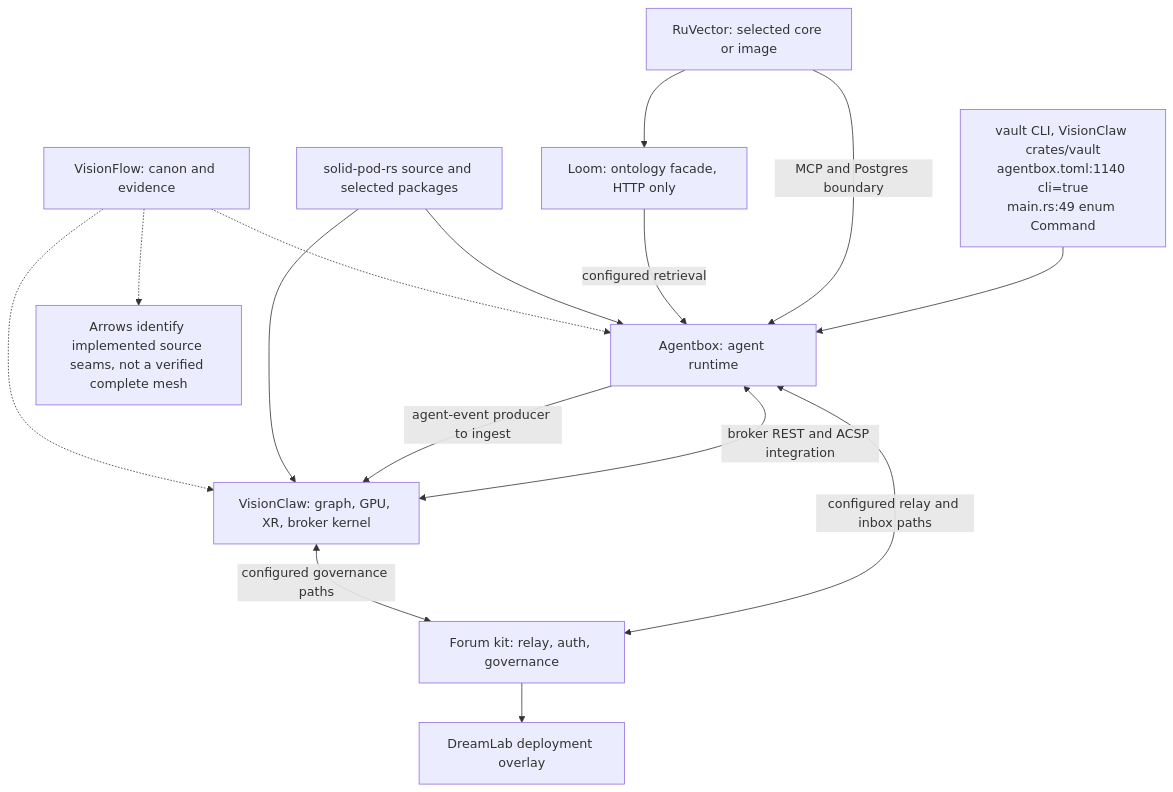
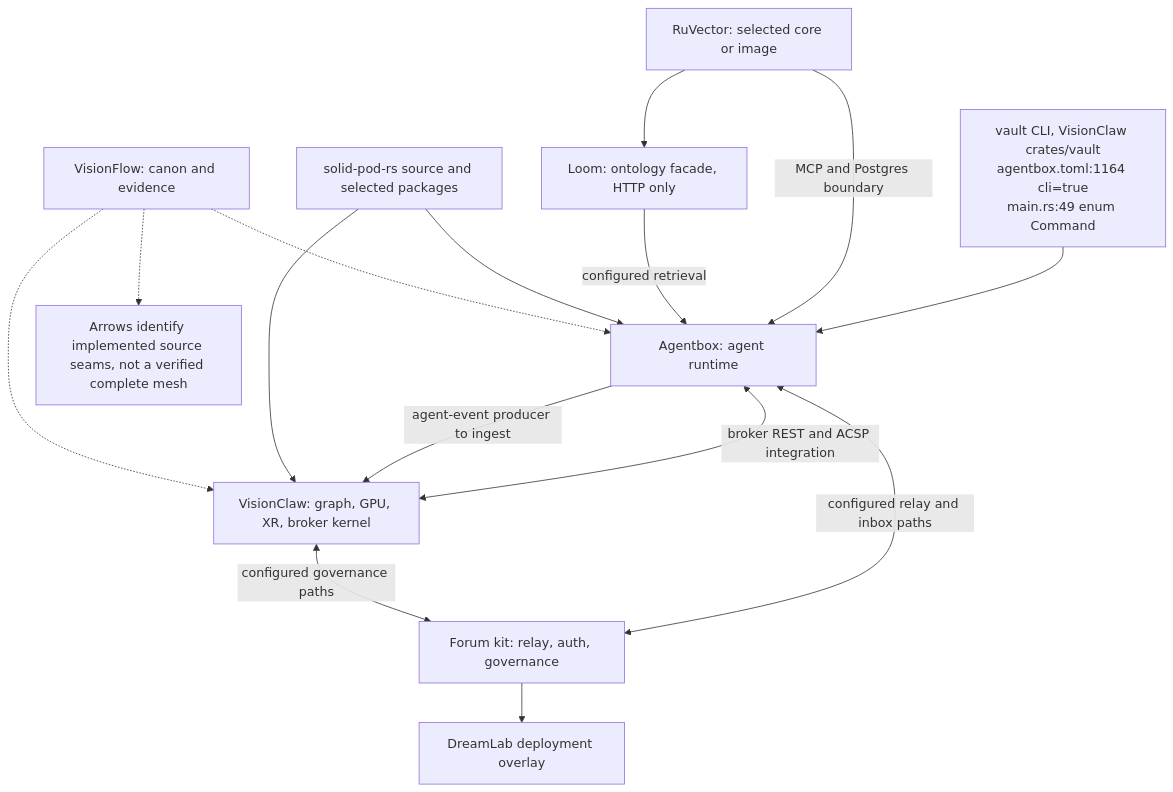
One commit to DreamLab-AI/VisionFlow changed the first of 7 diagrams in docs/diagrams/visionflow/08-compatibility-and-dependency-direction.md. Above: the diagram before and after it, drawn with Mermaid. The commit also changed other lines of this file and 145 other files, not shown here.

````diff
--- a/docs/diagrams/visionflow/08-compatibility-and-dependency-direction.md
+++ b/docs/diagrams/visionflow/08-compatibility-and-dependency-direction.md
@@ -38,18 +38,18 @@
 ```mermaid
 flowchart TB
     VF["VisionFlow: canon and evidence"] -.-> VC["VisionClaw: graph, GPU, XR, broker kernel"]
     VF -.-> AB["Agentbox: agent runtime"]
     SPR["solid-pod-rs source and selected packages"] --> VC
     SPR --> AB
     NRF["Forum kit: relay, auth, governance"] --> DLW["DreamLab deployment overlay"]
     AB -->|agent-event producer to ingest| VC
     AB <-->|broker REST and ACSP integration| VC
     VC <-->|configured governance paths| NRF
     AB <-->|configured relay and inbox paths| NRF
     LOOM["Loom: ontology facade, HTTP only"] -->|configured retrieval| AB
     RV["RuVector: selected core or image"] --> LOOM
     RV -->|MCP and Postgres boundary| AB
-    VAULT["vault CLI, VisionClaw crates/vault<br/>agentbox.toml:1140 cli=true<br/>main.rs:49 enum Command"] --> AB
+    VAULT["vault CLI, VisionClaw crates/vault<br/>agentbox.toml:1164 cli=true<br/>main.rs:49 enum Command"] --> AB
     SCOPE["Arrows identify implemented source seams, not a verified complete mesh"]
     VF -.-> SCOPE
 ```
````
